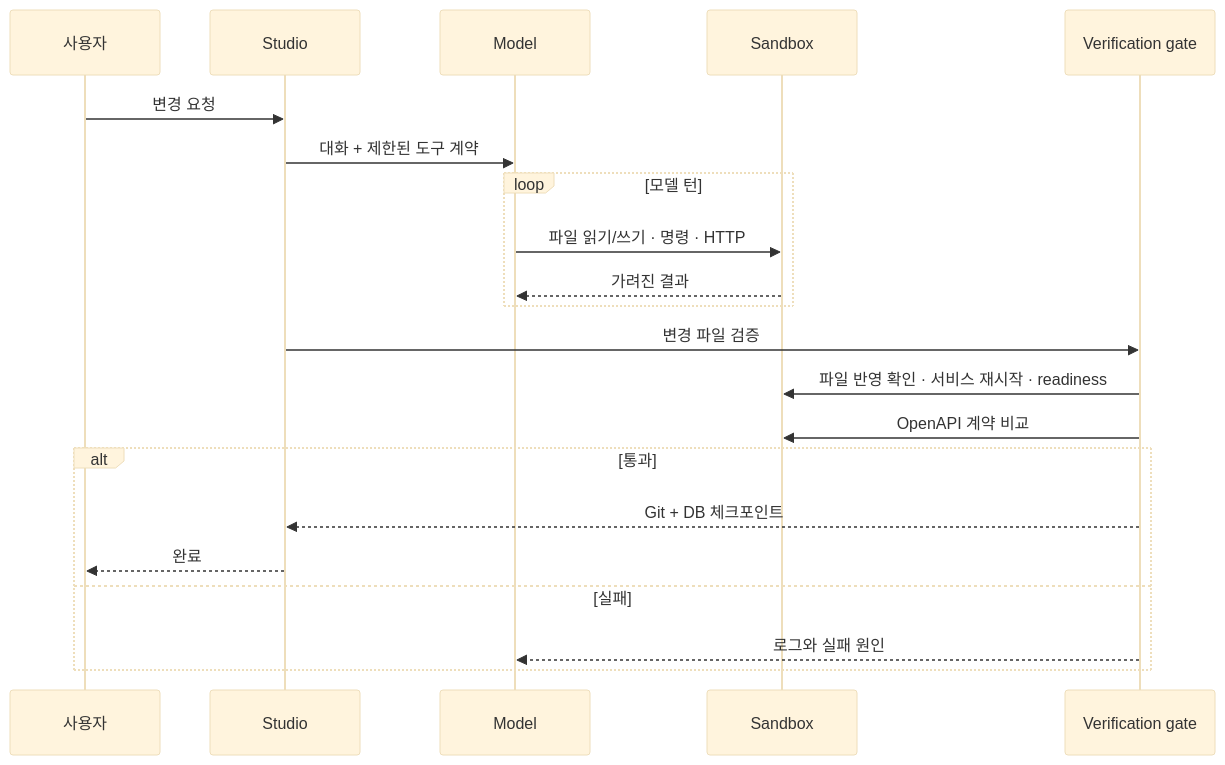
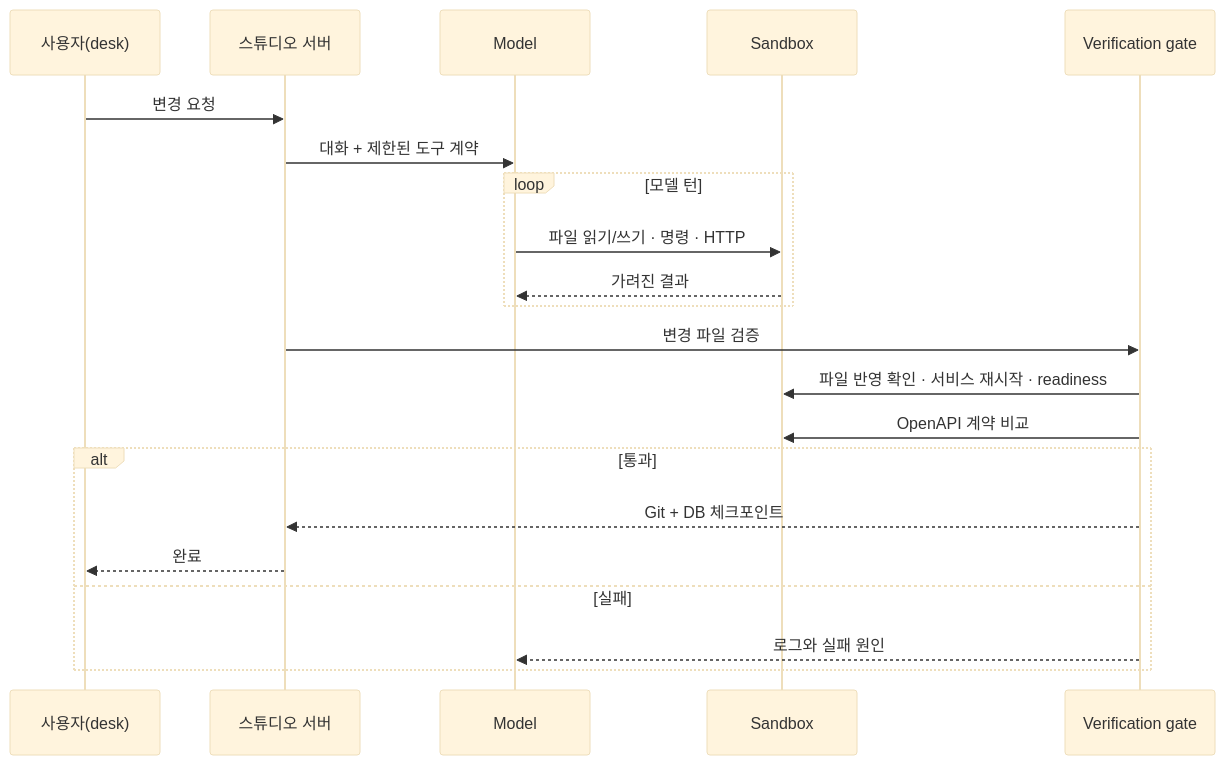
The second of 2 diagrams in docs/architecture.md (dj258255/b-studio), drawn with Mermaid (base theme) before and after one commit. The commit also changed other lines of this file and 12 other files, not shown here.

````diff
--- a/docs/architecture.md
+++ b/docs/architecture.md
@@ -49,23 +97,23 @@
 ```mermaid
 sequenceDiagram
-  participant U as 사용자
-  participant S as Studio
+  participant U as 사용자(desk)
+  participant S as 스튜디오 서버
   participant M as Model
   participant X as Sandbox
   participant G as Verification gate
   U->>S: 변경 요청
   S->>M: 대화 + 제한된 도구 계약
   loop 모델 턴
     M->>X: 파일 읽기/쓰기 · 명령 · HTTP
     X-->>M: 가려진 결과
   end
   S->>G: 변경 파일 검증
   G->>X: 파일 반영 확인 · 서비스 재시작 · readiness
   G->>X: OpenAPI 계약 비교
   alt 통과
     G-->>S: Git + DB 체크포인트
     S-->>U: 완료
   else 실패
     G-->>M: 로그와 실패 원인
   end
 ```
````
